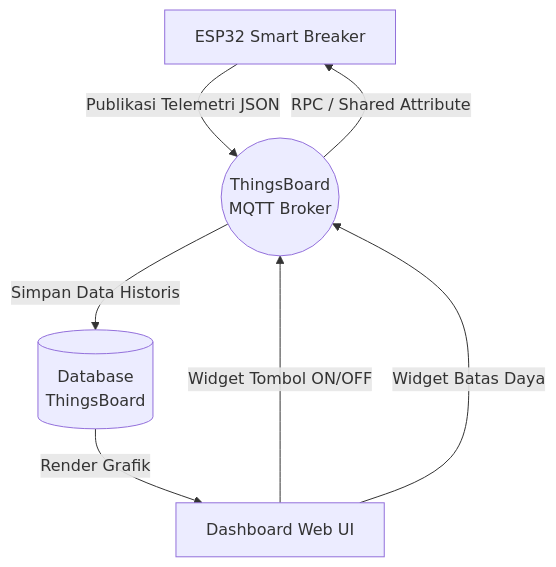
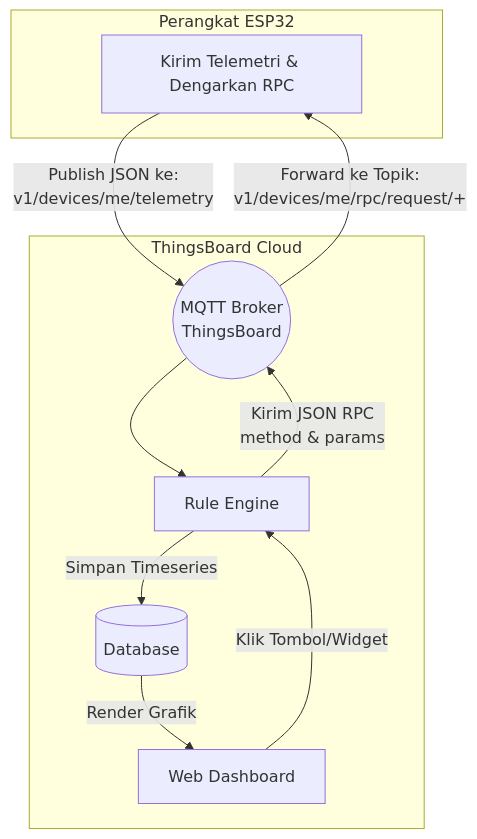
The first of 2 diagrams in bab-6-thingsboard-dashboard/README.md (hudakurniawan/iot-training-tl-b2), drawn with Mermaid before and after one commit. The commit also changed other lines of this file and 1 other file, not shown here.

Commit message:
feat: Tambahkan kode integrasi ThingsBoard dan update README

````diff
--- a/bab-6-thingsboard-dashboard/README.md
+++ b/bab-6-thingsboard-dashboard/README.md
@@ -32,11 +43,24 @@
 ```mermaid
 graph TD
-    ESP[ESP32 Smart Breaker] -- Publikasi Telemetri JSON --> TB_BROKER((ThingsBoard\nMQTT Broker))
-    
-    TB_BROKER -- Simpan Data Historis --> DB[(Database\nThingsBoard)]
-    DB -- Render Grafik --> DASH[Dashboard Web UI]
-    
-    DASH -- Widget Tombol ON/OFF --> TB_BROKER
-    DASH -- Widget Batas Daya --> TB_BROKER
-    TB_BROKER -- RPC / Shared Attribute --> ESP
+    subgraph "Perangkat ESP32"
+        ESP[Kirim Telemetri & Dengarkan RPC]
+    end
+
+    subgraph "ThingsBoard Cloud"
+        TB_BROKER((MQTT Broker\nThingsBoard))
+        RULE[Rule Engine]
+        DB[(Database)]
+        DASH[Web Dashboard]
+    end
+
+    %% Aliran Telemetri
+    ESP -->|Publish JSON ke:\nv1/devices/me/telemetry| TB_BROKER
+    TB_BROKER --> RULE
+    RULE -->|Simpan Timeseries| DB
+    DB -->|Render Grafik| DASH
+
+    %% Aliran Perintah (RPC)
+    DASH -->|Klik Tombol/Widget| RULE
+    RULE -->|Kirim JSON RPC\nmethod & params| TB_BROKER
+    TB_BROKER -->|Forward ke Topik:\nv1/devices/me/rpc/request/+| ESP
 ```
````
